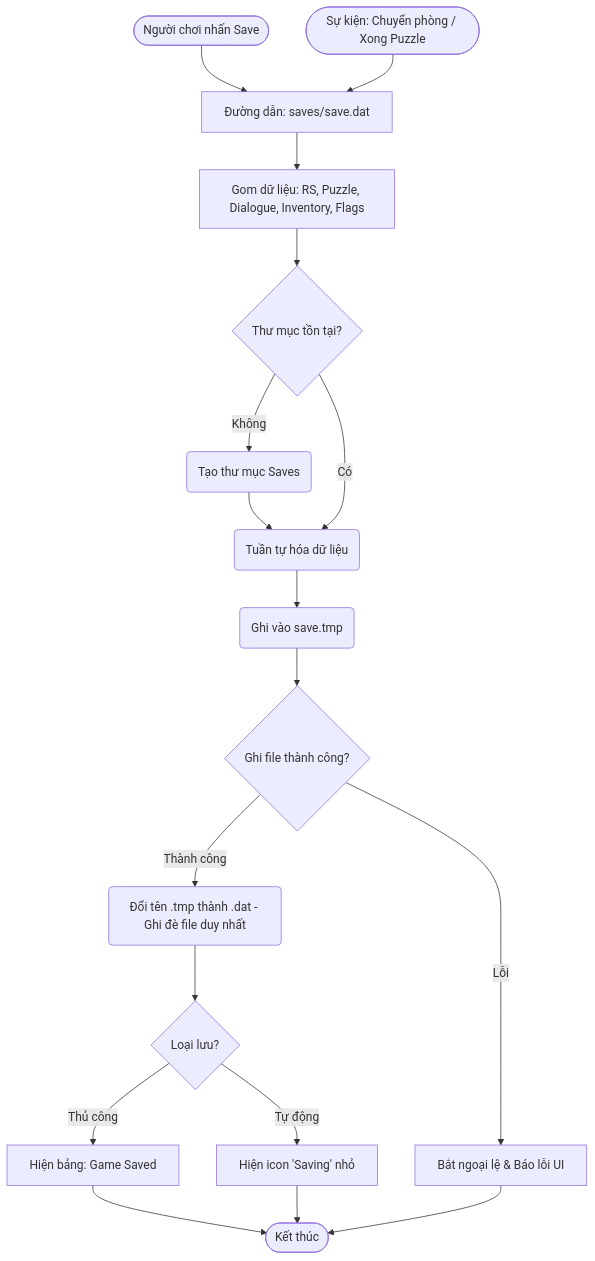
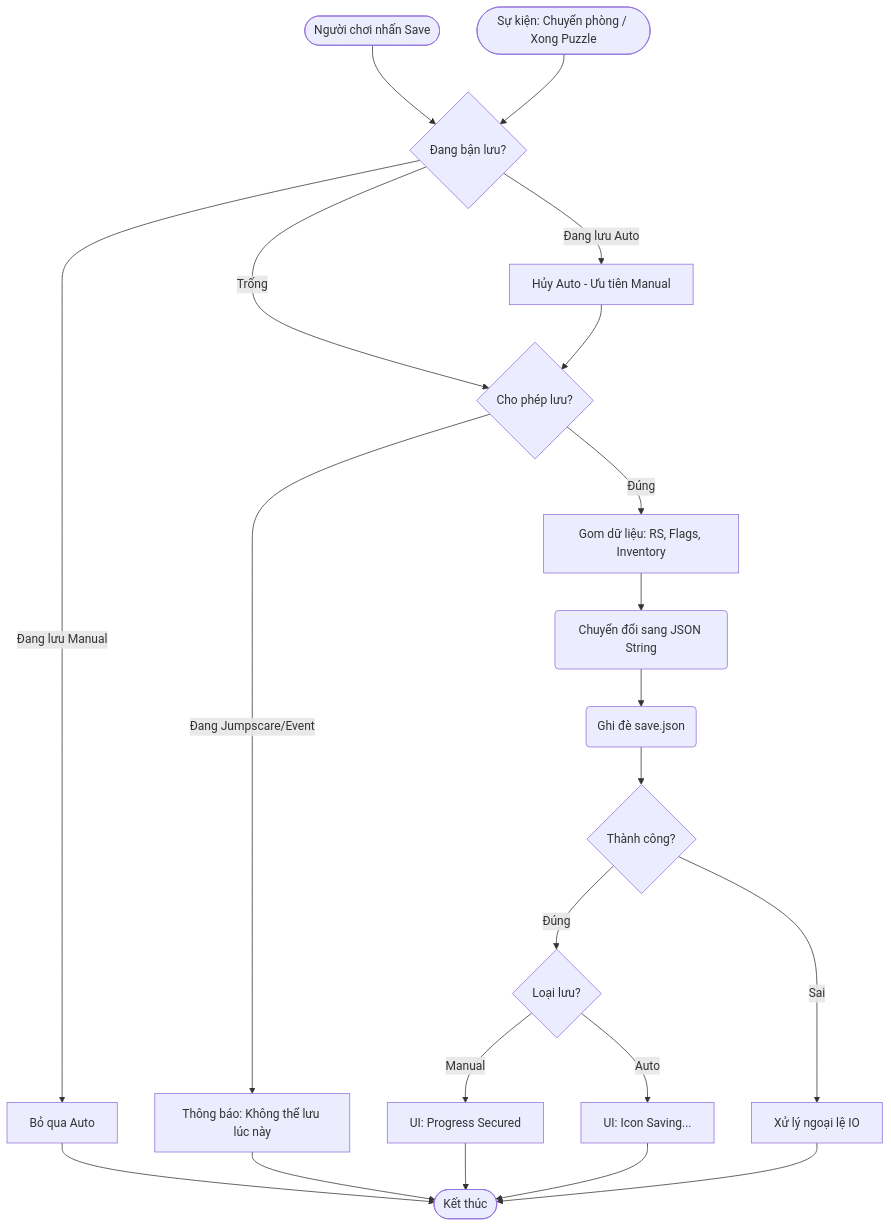
The first of 5 diagrams in UML/Sequence.md (trieuwu/Gnivol), drawn with Mermaid before and after one commit.

````diff
--- a/UML/Sequence.md
+++ b/UML/Sequence.md
@@ -2,30 +2,35 @@
 ```mermaid
 flowchart TD
-%% Khởi đầu từ 2 hướng
-    TriggerManual([Người chơi nhấn Save]) --> SetSinglePath[Đường dẫn: saves/save.dat]
-    TriggerAuto([Sự kiện: Chuyển phòng / Xong Puzzle]) --> SetSinglePath
+%% Hai nguồn kích hoạt
+    TriggerManual([Người chơi nhấn Save]) --> CheckPriority{Đang bận lưu?}
+    TriggerAuto([Sự kiện: Chuyển phòng / Xong Puzzle]) --> CheckPriority
 
-    SetSinglePath --> Collect[Gom dữ liệu: RS, Puzzle, Dialogue, Inventory, Flags]
+%% Logic ưu tiên
+    CheckPriority -- "Đang lưu Auto" --> Interrupt[Hủy Auto - Ưu tiên Manual]
+    CheckPriority -- "Đang lưu Manual" --> IgnoreAuto[Bỏ qua Auto]
+    CheckPriority -- "Trống" --> SavePermission{Cho phép lưu?}
 
-    Collect --> CheckDir{Thư mục tồn tại?}
-    CheckDir -- "Không" --> CreateDir(Tạo thư mục Saves)
-    CreateDir --> Serialize
-    CheckDir -- "Có" --> Serialize(Tuần tự hóa dữ liệu)
+    Interrupt --> SavePermission
+    IgnoreAuto --> End([Kết thúc])
 
-    Serialize --> WriteTemp(Ghi vào save.tmp)
-    WriteTemp --> Verify{Ghi file thành công?}
+%% Kiểm tra trạng thái meta/cốt truyện
+    SavePermission -- "Đang Jumpscare/Event" --> Deny[Thông báo: Không thể lưu lúc này]
+    SavePermission -- "Đúng" --> Collect[Gom dữ liệu: RS, Flags, Inventory]
 
-%% Xử lý ngoại lệ
-    Verify -- "Lỗi" --> CatchErr[Bắt ngoại lệ & Báo lỗi UI]
+    Deny --> End
 
-%% Xử lý thành công
-    Verify -- "Thành công" --> Rename(Đổi tên .tmp thành .dat - Ghi đè file duy nhất)
+%% Luồng ghi JSON
+    Collect --> JsonFormat(Chuyển đổi sang JSON String)
+    JsonFormat --> WriteFile(Ghi đè save.json)
 
-    Rename --> CheckType{Loại lưu?}
-    CheckType -- "Thủ công" --> Success[Hiện bảng: Game Saved]
-    CheckType -- "Tự động" --> Silent[Hiện icon 'Saving' nhỏ]
+    WriteFile --> Verify{Thành công?}
+    Verify -- "Sai" --> Catch[Xử lý ngoại lệ IO]
+    Verify -- "Đúng" --> Feedback{Loại lưu?}
 
-    Success --> End([Kết thúc])
+    Feedback -- "Manual" --> Success[UI: Progress Secured]
+    Feedback -- "Auto" --> Silent[UI: Icon Saving...]
+
+    Success --> End
     Silent --> End
-    CatchErr --> End
+    Catch --> End
 ```
````
